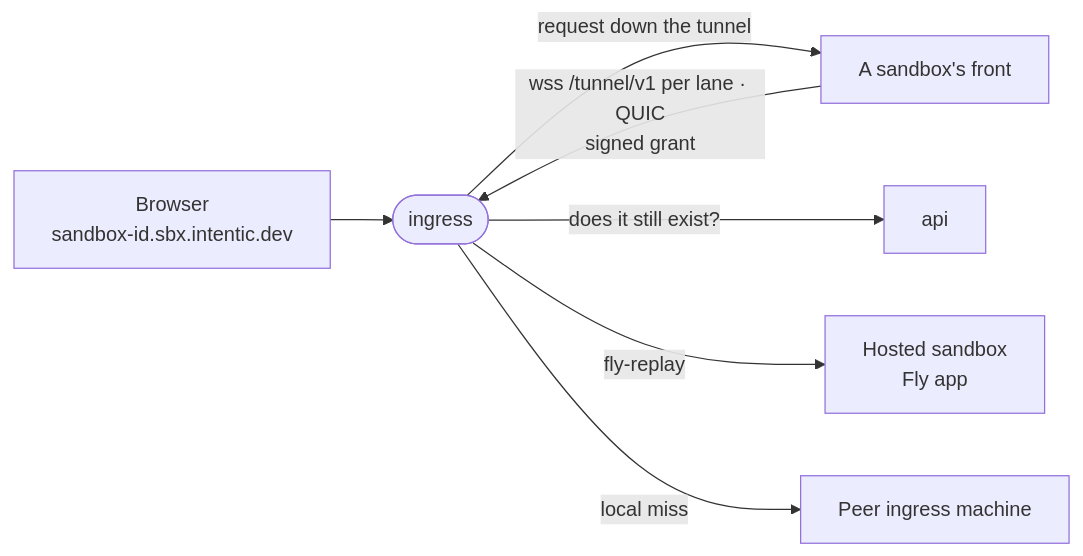
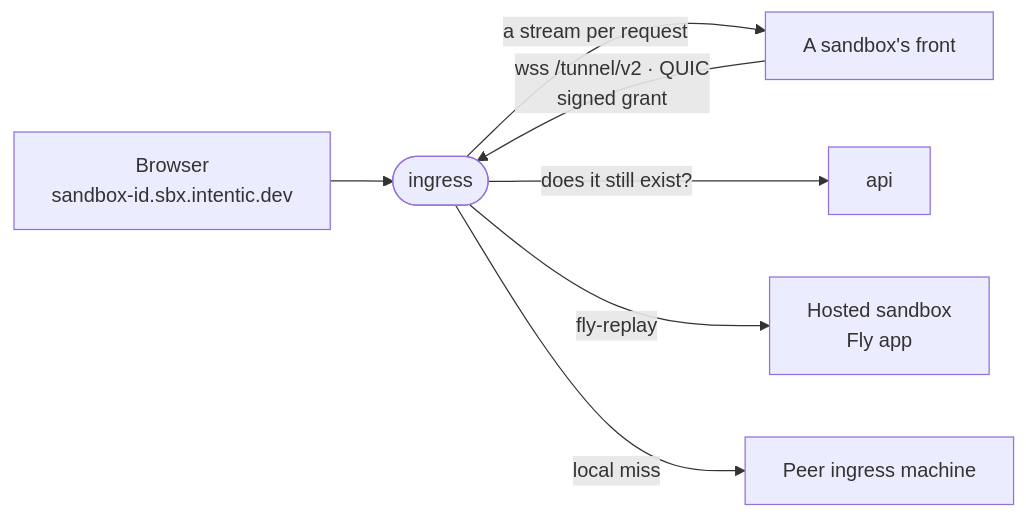
Before and after one commit to intentic/intentic: the diagram in _platform/ingress/README.md, drawn with Mermaid. The commit also changed other lines of this file and 104 other files, not shown here.

First line of the commit message:
feat(sandbox)!: add relay and yamux mux, drop tunnel-lanes and envelope

````diff
--- a/_platform/ingress/README.md
+++ b/_platform/ingress/README.md
@@ -5,9 +5,9 @@
 ```mermaid
 flowchart LR
     browser["Browser<br/>sandbox-id.sbx.intentic.dev"] --> ingress(["ingress"])
-    front["A sandbox's front"] -- "wss /tunnel/v1 per lane · QUIC<br/>signed grant" --> ingress
-    ingress -- "request down the tunnel" --> front
+    front["A sandbox's front"] -- "wss /tunnel/v2 · QUIC<br/>signed grant" --> ingress
+    ingress -- "a stream per request" --> front
     ingress -- "does it still exist?" --> api["api"]
     ingress -- "fly-replay" --> hosted["Hosted sandbox<br/>Fly app"]
     ingress -- "local miss" --> peer["Peer ingress machine"]
 ```
````
